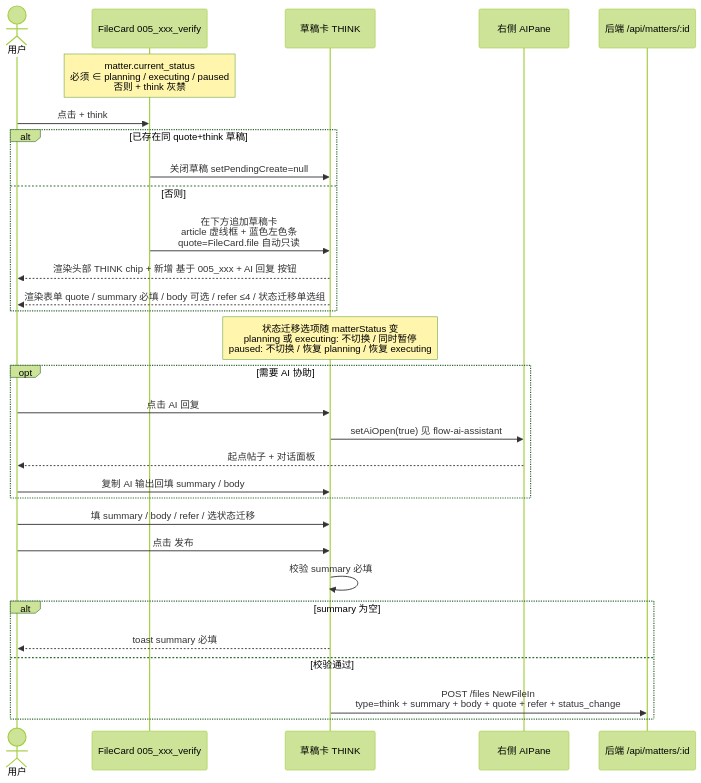
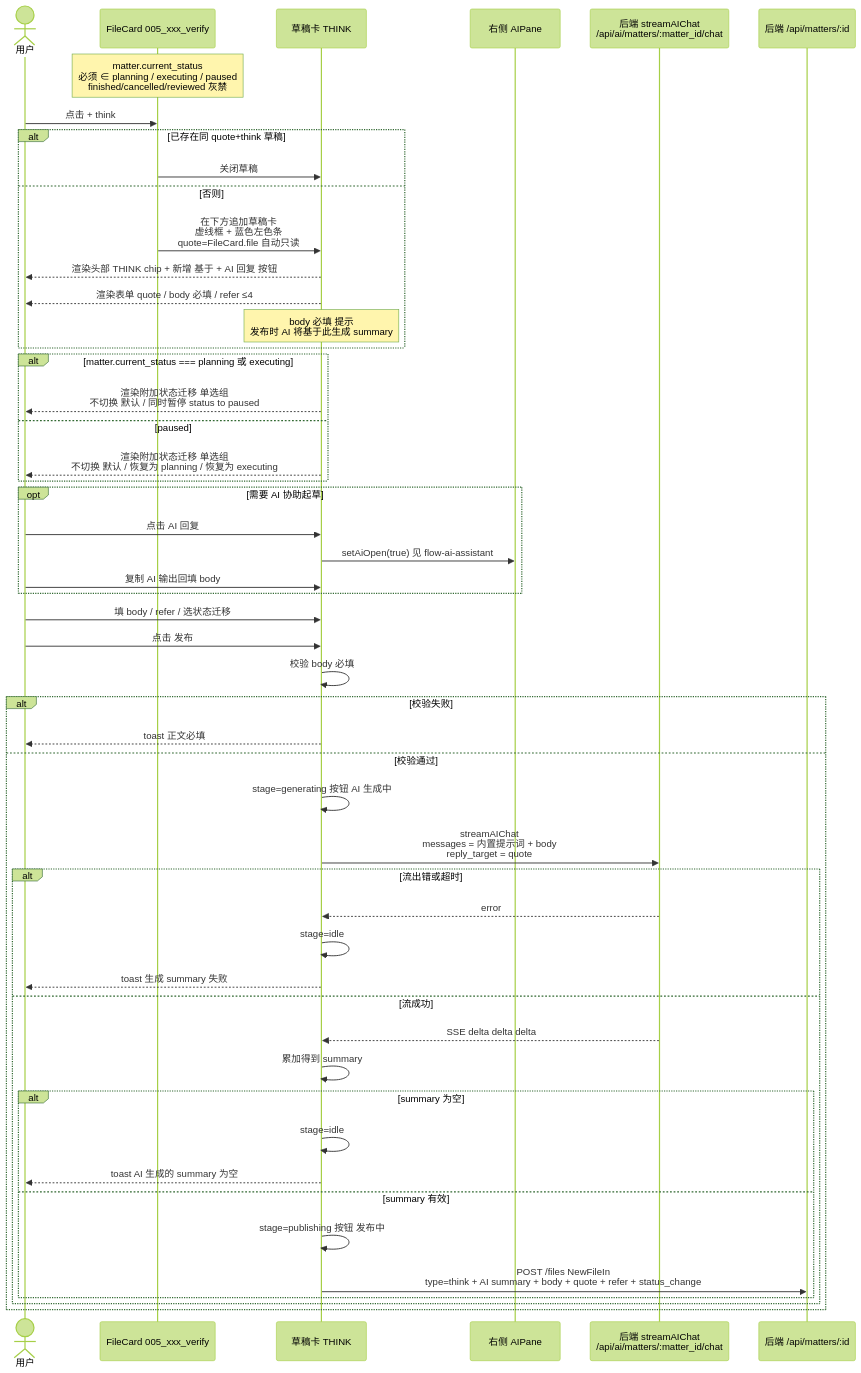
The diagram in AI-docs/workflow-interaction/flow-think-card.md (Tjk666Tjk6660/team-pivot-web), drawn with Mermaid (forest theme) before and after one commit. The commit also changed other lines of this file and 1 other file, not shown here.

Commit message:
docs(matter): add workflow-interaction sequence diagram

````diff
--- a/AI-docs/workflow-interaction/flow-think-card.md
+++ b/AI-docs/workflow-interaction/flow-think-card.md
@@ -9,38 +10,61 @@
 ```mermaid
 sequenceDiagram
   actor U as 用户
   participant FC as FileCard 005_xxx_verify
   participant DC as 草稿卡 THINK
   participant AP as 右侧 AIPane
+  participant CHAT as 后端 streamAIChat<br/>/api/ai/matters/:matter_id/chat
   participant API as 后端 /api/matters/:id
 
-  Note over FC: matter.current_status<br/>必须 ∈ planning / executing / paused<br/>否则 + think 灰禁
+  Note over FC: matter.current_status<br/>必须 ∈ planning / executing / paused<br/>finished/cancelled/reviewed 灰禁
 
   U->>FC: 点击 + think
   alt 已存在同 quote+think 草稿
-    FC->>DC: 关闭草稿 setPendingCreate=null
+    FC->>DC: 关闭草稿
   else 否则
-    FC->>DC: 在下方追加草稿卡<br/>article 虚线框 + 蓝色左色条<br/>quote=FileCard.file 自动只读
-    DC-->>U: 渲染头部 THINK chip + 新增 基于 005_xxx + AI 回复 按钮
-    DC-->>U: 渲染表单 quote / summary 必填 / body 可选 / refer ≤4 / 状态迁移单选组
+    FC->>DC: 在下方追加草稿卡<br/>虚线框 + 蓝色左色条<br/>quote=FileCard.file 自动只读
+    DC-->>U: 渲染头部 THINK chip + 新增 基于 + AI 回复 按钮
+    DC-->>U: 渲染表单 quote / body 必填 / refer ≤4
+    Note over DC: body 必填 提示<br/>发布时 AI 将基于此生成 summary
   end
 
-  Note over DC: 状态迁移选项随 matterStatus 变<br/>planning 或 executing: 不切换 / 同时暂停<br/>paused: 不切换 / 恢复 planning / 恢复 executing
+  alt matter.current_status === planning 或 executing
+    DC-->>U: 渲染附加状态迁移 单选组<br/>不切换 默认 / 同时暂停 status to paused
+  else paused
+    DC-->>U: 渲染附加状态迁移 单选组<br/>不切换 默认 / 恢复为 planning / 恢复为 executing
+  end
 
-  opt 需要 AI 协助
+  opt 需要 AI 协助起草
     U->>DC: 点击 AI 回复
     DC->>AP: setAiOpen(true) 见 flow-ai-assistant
-    AP-->>U: 起点帖子 + 对话面板
-    U->>DC: 复制 AI 输出回填 summary / body
+    U->>DC: 复制 AI 输出回填 body
   end
 
-  U->>DC: 填 summary / body / refer / 选状态迁移
+  U->>DC: 填 body / refer / 选状态迁移
   U->>DC: 点击 发布
 
-  DC->>DC: 校验 summary 必填
-  alt summary 为空
-    DC-->>U: toast summary 必填
+  DC->>DC: 校验 body 必填
+  alt 校验失败
+    DC-->>U: toast 正文必填
   else 校验通过
-    DC->>API: POST /files NewFileIn<br/>type=think + summary + body + quote + refer + status_change
+    DC->>DC: stage=generating 按钮 AI 生成中
+
+    DC->>CHAT: streamAIChat<br/>messages = 内置提示词 + body<br/>reply_target = quote
+    alt 流出错或超时
+      CHAT-->>DC: error
+      DC->>DC: stage=idle
+      DC-->>U: toast 生成 summary 失败
+    else 流成功
+      CHAT-->>DC: SSE delta delta delta
+      DC->>DC: 累加得到 summary
+
+      alt summary 为空
+        DC->>DC: stage=idle
+        DC-->>U: toast AI 生成的 summary 为空
+      else summary 有效
+        DC->>DC: stage=publishing 按钮 发布中
+        DC->>API: POST /files NewFileIn<br/>type=think + AI summary + body + quote + refer + status_change
+      end
+    end
   end
 ```
````
